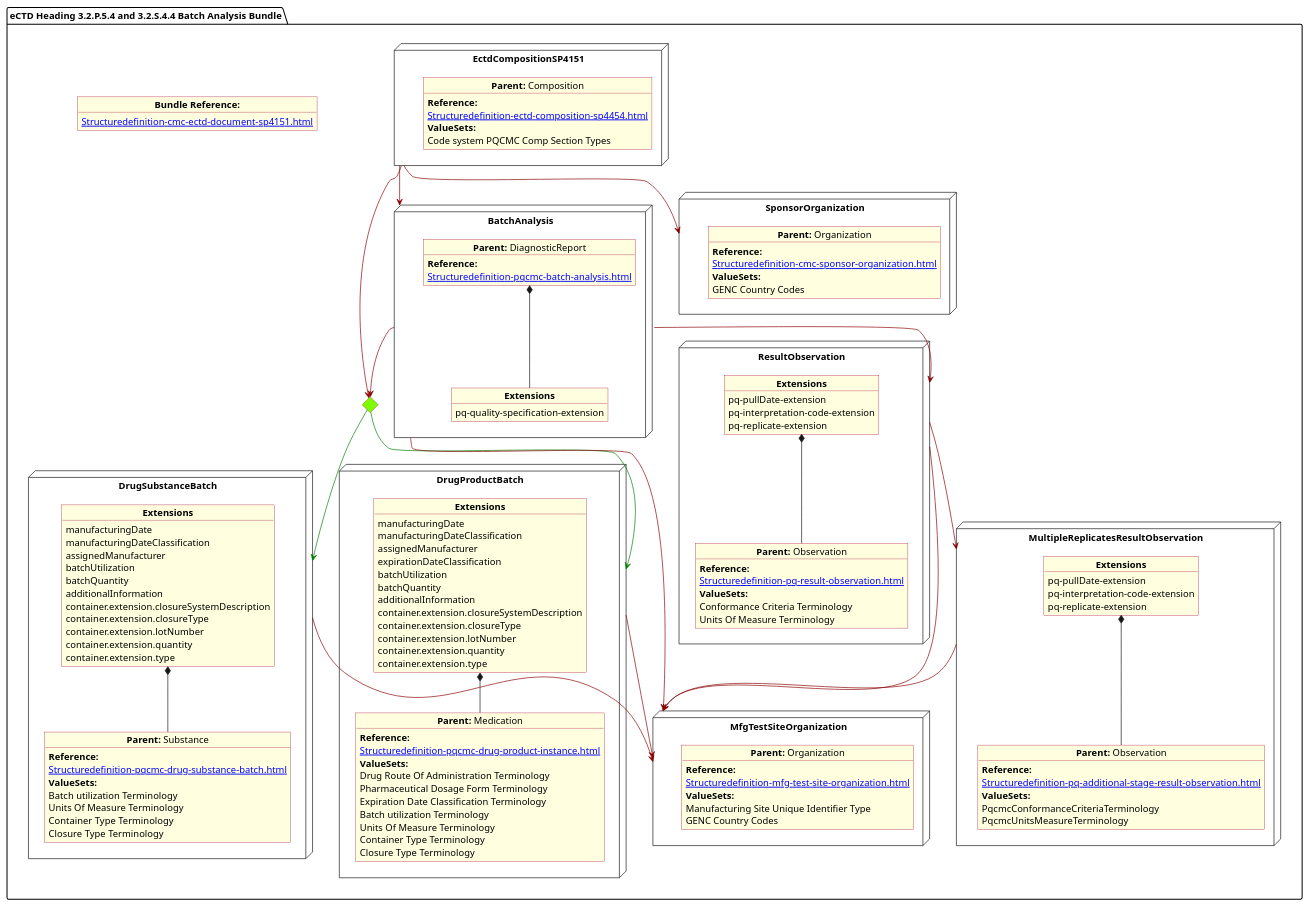
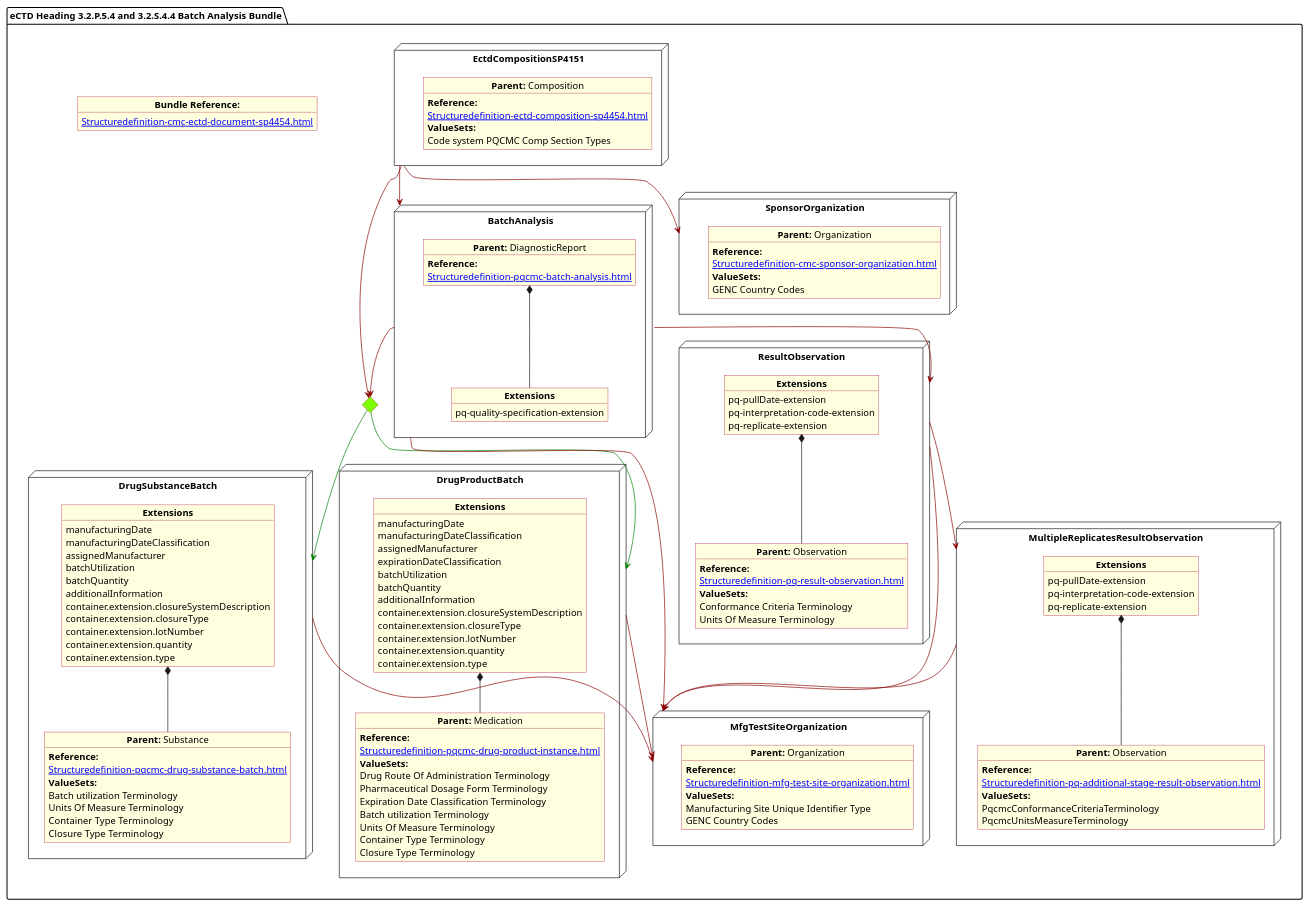
The diagram in input/images-source/BatchAnalysis.plantuml (HL7/FHIR-us-pq-cmc-fda), drawn with PlantUML before and after one commit.

Commit message:
Update BatchAnalysis.plantuml
no links working

```diff
--- a/input/images-source/BatchAnalysis.plantuml
+++ b/input/images-source/BatchAnalysis.plantuml
@@ -1,159 +1,159 @@
 @startuml BatchAnalysis
 allowmixing
 'Mixed model of use case and object
 skinparam svgDimensionStyle true
 skinparam ObjectBackgroundColor LightYellow
 skinparam ObjectBorderColor #A80036
 skinparam activityDiamondBorderColor #A80036
 skinparam activityDiamondBackgroundColor lawnGreen
 skinparam ClassBorderThickness 4
 
 package "eCTD Heading 3.2.P.5.4 and 3.2.S.4.4 Batch Analysis Bundle" as NODES {
  
    object "**Bundle Reference:**" as objbun {
-              [[Structuredefinition-cmc-ectd-document-sp4151.html]]
+              [[Structuredefinition-cmc-ectd-document-sp4454.html]]
     }       
 
 
 node "DrugProductBatch" as NN { 
       object "**Parent:** Medication" as obj3 {
         **Reference:**
       [[Structuredefinition-pqcmc-drug-product-instance.html]]
         **ValueSets:**
         Drug Route Of Administration Terminology
         Pharmaceutical Dosage Form Terminology
         Expiration Date Classification Terminology
         Batch utilization Terminology
         Units Of Measure Terminology 
         Container Type Terminology
         Closure Type Terminology        
       }
 
       object "**Extensions**" as objExsBatch  {
                 manufacturingDate
                 manufacturingDateClassification
                 assignedManufacturer
                 expirationDateClassification
                 batchUtilization
                 batchQuantity
                 additionalInformation
                 container.extension.closureSystemDescription
                 container.extension.closureType
                 container.extension.lotNumber
                 container.extension.quantity
                 container.extension.type 
 }
 objExsBatch *-- obj3 
 }
   node "BatchAnalysis" as N2 { 
       object "**Parent:** DiagnosticReport" as obj2 {
         **Reference:**
       [[Structuredefinition-pqcmc-batch-analysis.html]]
     }
         object "**Extensions**" as objQSEx {
         pq-quality-specification-extension
     }
     obj2 *-- objQSEx 
 }
 
 node "MfgTestSiteOrganization" as NMFG { 
       object "**Parent:** Organization" as objDP {
        **Reference:**
       [[Structuredefinition-mfg-test-site-organization.html]]
          **ValueSets:**
         Manufacturing Site Unique Identifier Type
 	    GENC Country Codes
     }
 }
 node "DrugSubstanceBatch" as NNS { 
       object "**Parent:** Substance" as obj4 {
         **Reference:**
       [[Structuredefinition-pqcmc-drug-substance-batch.html]]
                 **ValueSets:**
                 Batch utilization Terminology
                 Units Of Measure Terminology
                 Container Type Terminology
                 Closure Type Terminology
       }
   object "**Extensions**" as objExs2 {
           manufacturingDate
           manufacturingDateClassification
           assignedManufacturer
           batchUtilization
           batchQuantity
           additionalInformation
           container.extension.closureSystemDescription
           container.extension.closureType
           container.extension.lotNumber
           container.extension.quantity
           container.extension.type
     }
 
     objExs2 *-- obj4   
 }
 
 node "ResultObservation" as NNOBS { 
       object "**Parent:** Observation" as observ3 {
         **Reference:**
       [[Structuredefinition-pq-result-observation.html]]
         **ValueSets:**
         Conformance Criteria Terminology
         Units Of Measure Terminology    
       }
       object "**Extensions**" as objExsObserv  {
             pq-pullDate-extension
             pq-interpretation-code-extension
             pq-replicate-extension
     }
         objExsObserv *-- observ3 
 }
 
 node "MultipleReplicatesResultObservation" as NNstage { 
       object "**Parent:** Observation" as observS {
         **Reference:**
       [[Structuredefinition-pq-additional-stage-result-observation.html]]
         **ValueSets:**
  PqcmcConformanceCriteriaTerminology
  PqcmcUnitsMeasureTerminology
       }
       object "**Extensions**" as objExsStageObs  {
             pq-pullDate-extension
             pq-interpretation-code-extension
             pq-replicate-extension
      }  
         objExsStageObs *-- observS
 }
 
 node "EctdCompositionSP4151" as N1 { 
       object "**Parent:** Composition" as obj1 {
         **Reference:**
       [[Structuredefinition-ectd-composition-sp4454.html]]
       **ValueSets:**
   Code system PQCMC Comp Section Types
     }
 }
 node "SponsorOrganization" as NSO { 
       object "**Parent:** Organization" as objAu {
         **Reference:**
       [[Structuredefinition-cmc-sponsor-organization.html]]
         **ValueSets:**
         GENC Country Codes
     }
 }
  diamond CH
 
 N1 -[#darkred]-> CH
 N1 -[#darkred]-> N2
 N1 -[#darkred]-> NSO
 CH -[#green]-> NNS
 CH -[#green]-> NN
 NNS -[#darkred]-> NMFG
 NN -[#darkred]-> NMFG
 N2 -[#darkred]-> CH
 N2 -[#darkred]-> NMFG
 N2 -[#darkred]-> NNOBS
 NNOBS -[#darkred]-> NMFG
 NNOBS -[#darkred]-> NNstage
 NNstage -[#darkred]-> NMFG
 }
 @enduml
```
